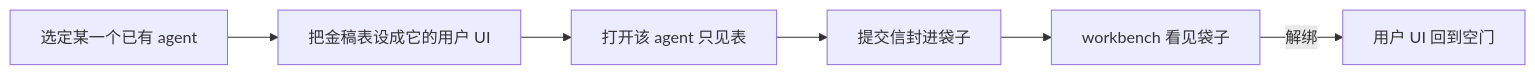
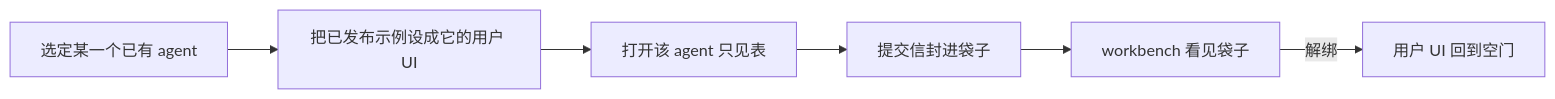
One commit to zihan494830-tech/form-studio changed the first of 5 diagrams in DESIGN.md. Above: the diagram before and after it, drawn with Mermaid. The commit also changed other lines of this file and 29 other files, not shown here.

````diff
--- a/DESIGN.md
+++ b/DESIGN.md
@@ -170,8 +170,8 @@
 ```mermaid
 flowchart LR
-  A["选定某一个已有 agent"] --> B["把金稿表设成它的用户 UI"]
+  A["选定某一个已有 agent"] --> B["把已发布示例设成它的用户 UI"]
   B --> C["打开该 agent 只见表"]
   C --> D["提交信封进袋子"]
   D --> E["workbench 看见袋子"]
   E -->|解绑| F["用户 UI 回到空门"]
 ```
````
